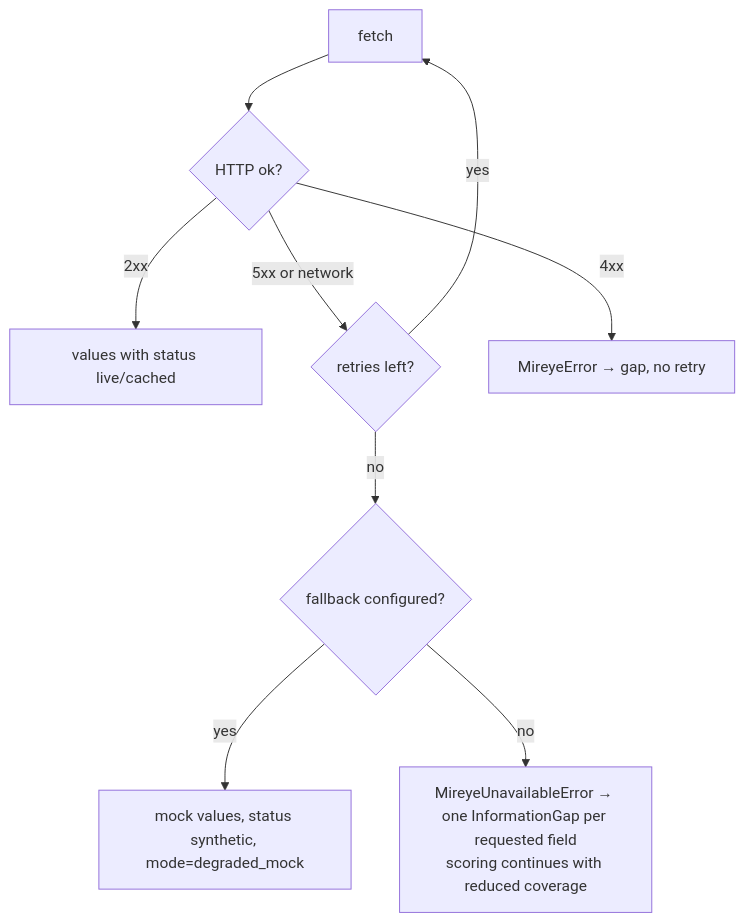
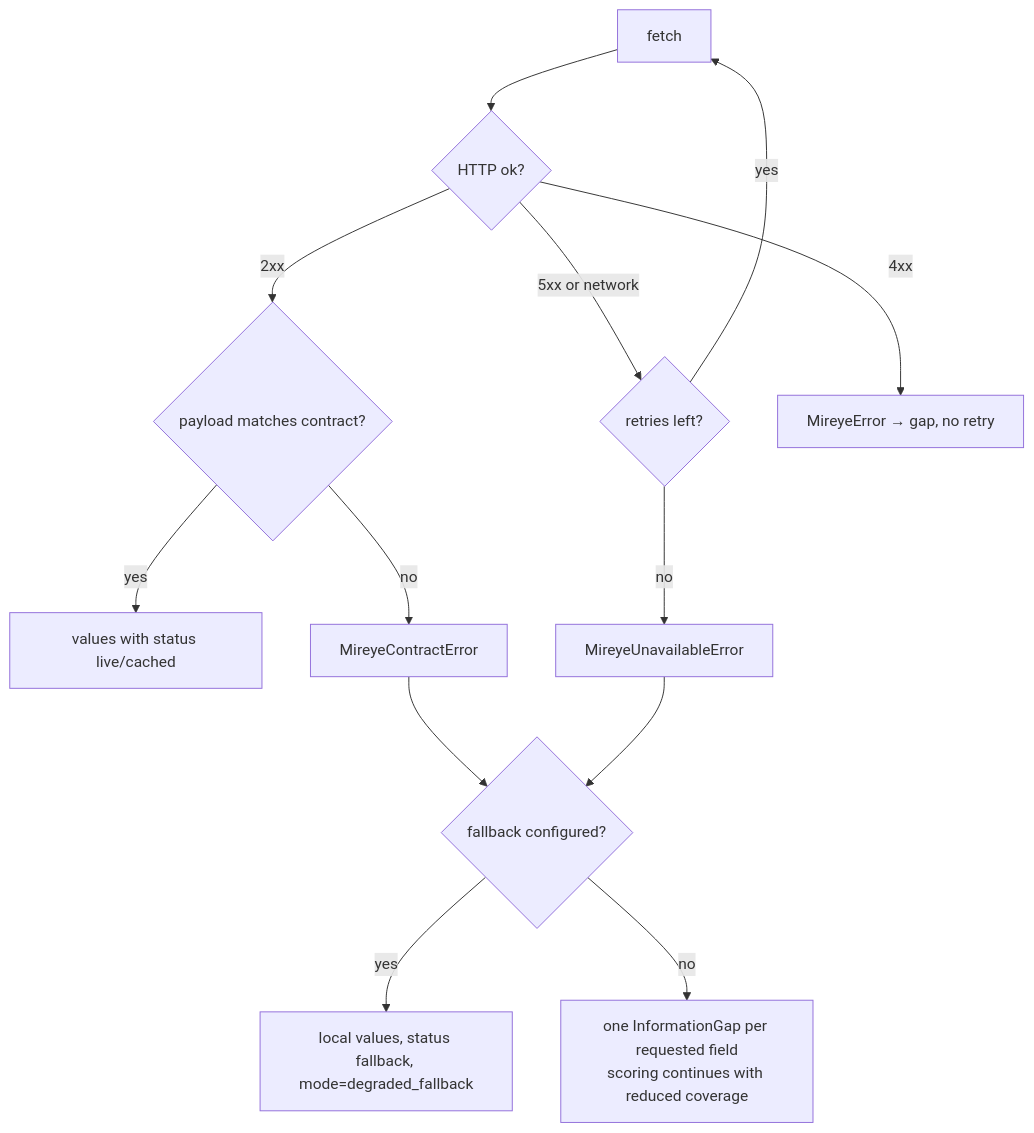
The diagram in docs/mireye-contract.md (RishiiGamer2201/the-wet-stack-mireye), drawn with Mermaid before and after one commit. The commit also changed other lines of this file and 18 other files, not shown here.

````diff
--- a/docs/mireye-contract.md
+++ b/docs/mireye-contract.md
@@ -81,11 +164,15 @@
 ```mermaid
 flowchart TD
     F[fetch] --> T{HTTP ok?}
-    T -->|2xx| V[values with status live/cached]
+    T -->|2xx| P{payload matches contract?}
+    P -->|yes| V[values with status live/cached]
+    P -->|no| C[MireyeContractError]
     T -->|5xx or network| R{retries left?}
     R -->|yes| F
-    R -->|no| D{fallback configured?}
-    D -->|yes| M[mock values, status synthetic, mode=degraded_mock]
-    D -->|no| G["MireyeUnavailableError → one InformationGap per requested field<br/>scoring continues with reduced coverage"]
+    R -->|no| C2[MireyeUnavailableError]
+    C --> D{fallback configured?}
+    C2 --> D
+    D -->|yes| M["local values, status fallback, mode=degraded_fallback"]
+    D -->|no| G["one InformationGap per requested field<br/>scoring continues with reduced coverage"]
     T -->|4xx| E[MireyeError → gap, no retry]
 ```
````
